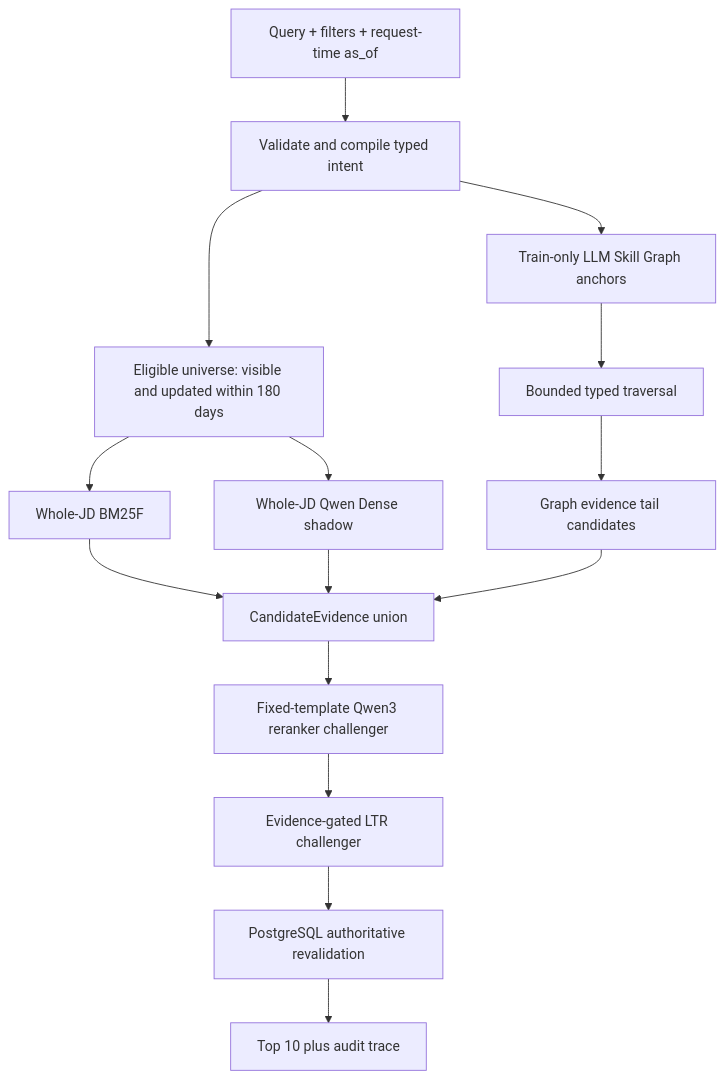
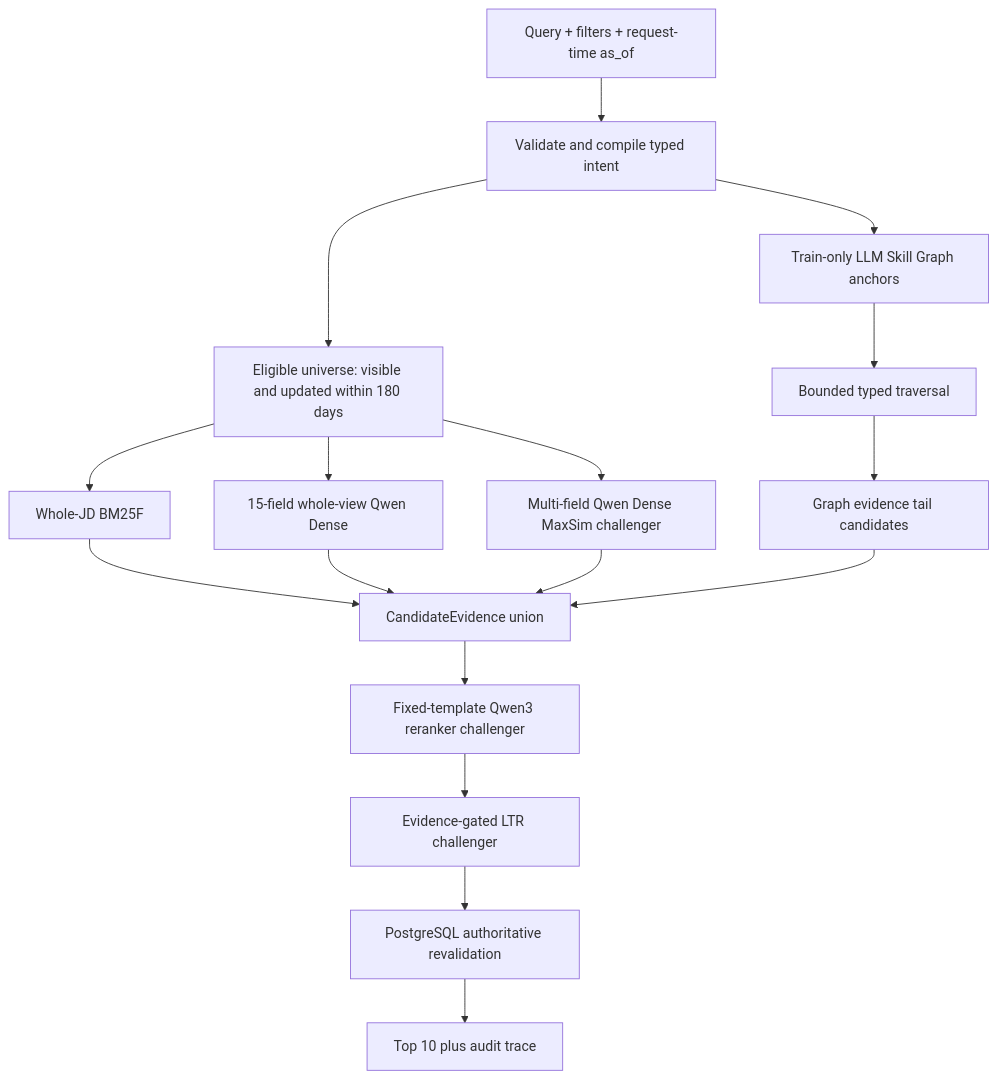
The diagram in docs/final-production-retrieval-architecture.md (TakalaWang/1111-work-retrieval), drawn with Mermaid before and after one commit. The commit also changed other lines of this file and 16 other files, not shown here.

````diff
--- a/docs/final-production-retrieval-architecture.md
+++ b/docs/final-production-retrieval-architecture.md
@@ -23,17 +24,19 @@
 ```mermaid
 flowchart TD
     A["Query + filters + request-time as_of"] --> B["Validate and compile typed intent"]
     B --> C["Eligible universe: visible and updated within 180 days"]
     C --> D["Whole-JD BM25F"]
-    C --> E["Whole-JD Qwen Dense shadow"]
+    C --> E["15-field whole-view Qwen Dense"]
+    C --> E2["Multi-field Qwen Dense MaxSim challenger"]
     B --> F["Train-only LLM Skill Graph anchors"]
     F --> G["Bounded typed traversal"]
     G --> H["Graph evidence tail candidates"]
     D --> I["CandidateEvidence union"]
     E --> I
+    E2 --> I
     H --> I
     I --> J["Fixed-template Qwen3 reranker challenger"]
     J --> K["Evidence-gated LTR challenger"]
     K --> L["PostgreSQL authoritative revalidation"]
     L --> M["Top 10 plus audit trace"]
 ```
````
